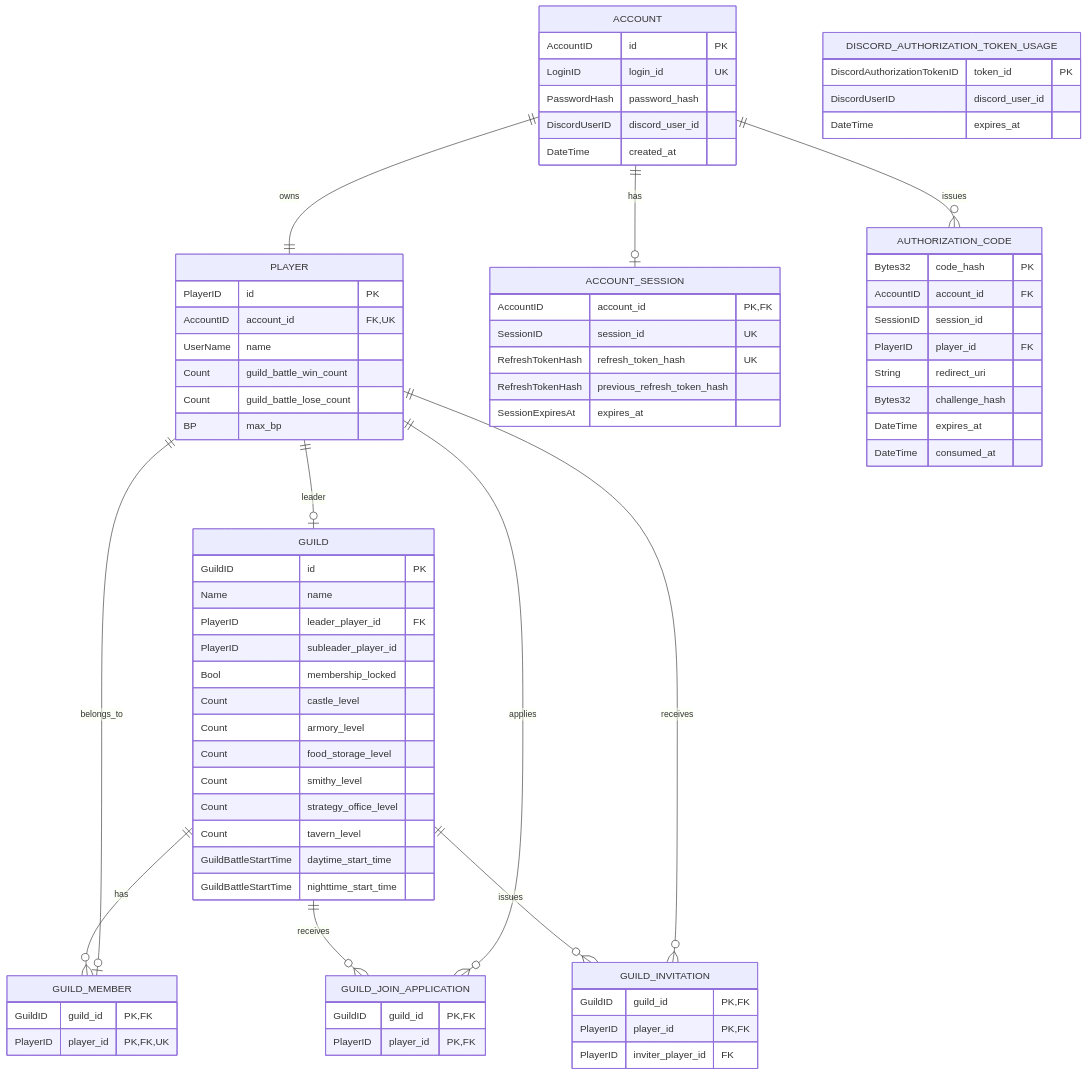
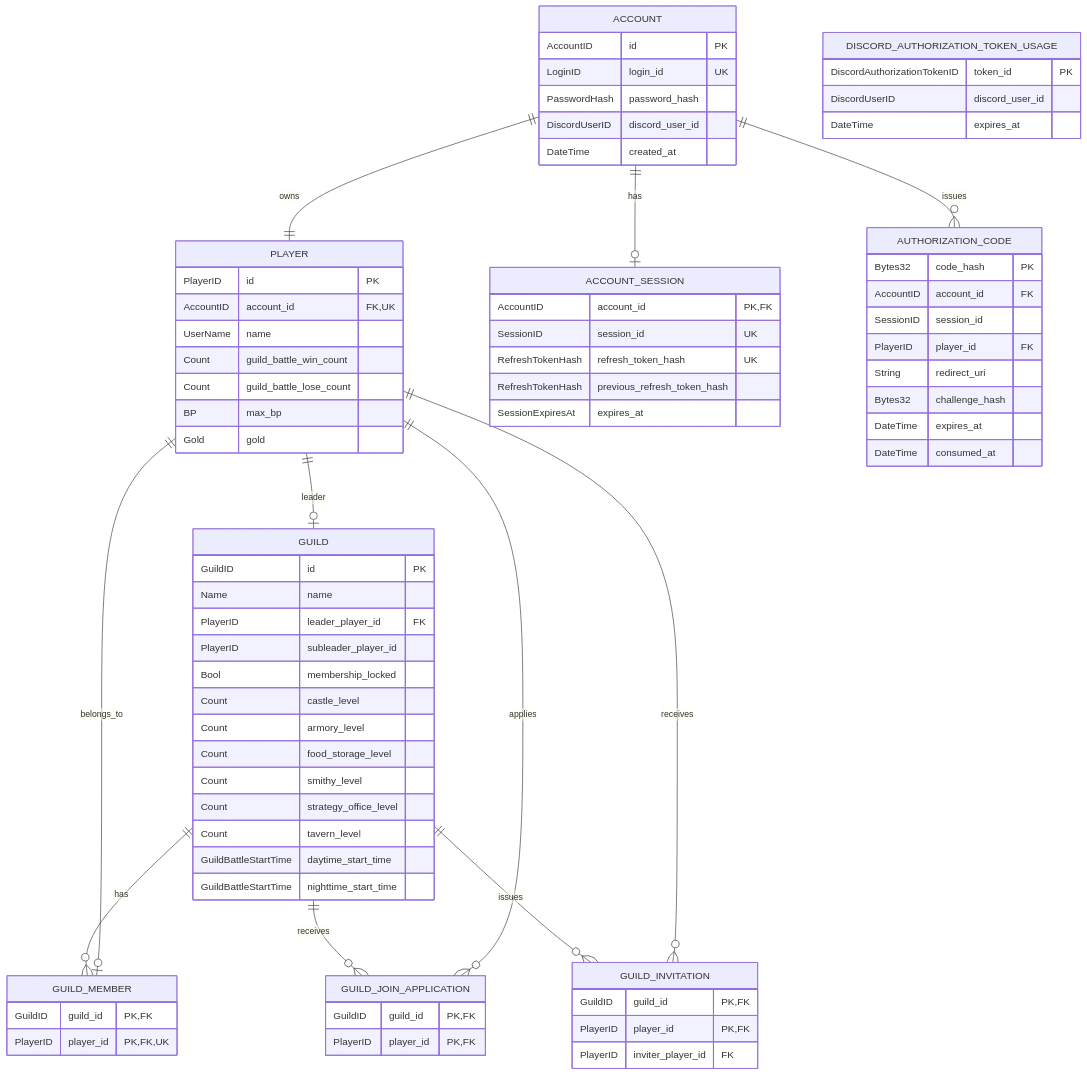
The first of 8 diagrams in design/server/data_base.md (ReHydrangeaOdyssey/Specifications), drawn with Mermaid before and after one commit. The commit also changed other lines of this file and 21 other files, not shown here.

```diff
--- a/design/server/data_base.md
+++ b/design/server/data_base.md
@@ -25,6 +25,7 @@
         Count guild_battle_win_count
         Count guild_battle_lose_count
         BP max_bp
+        Gold gold
     }
 
     ACCOUNT_SESSION {
```
